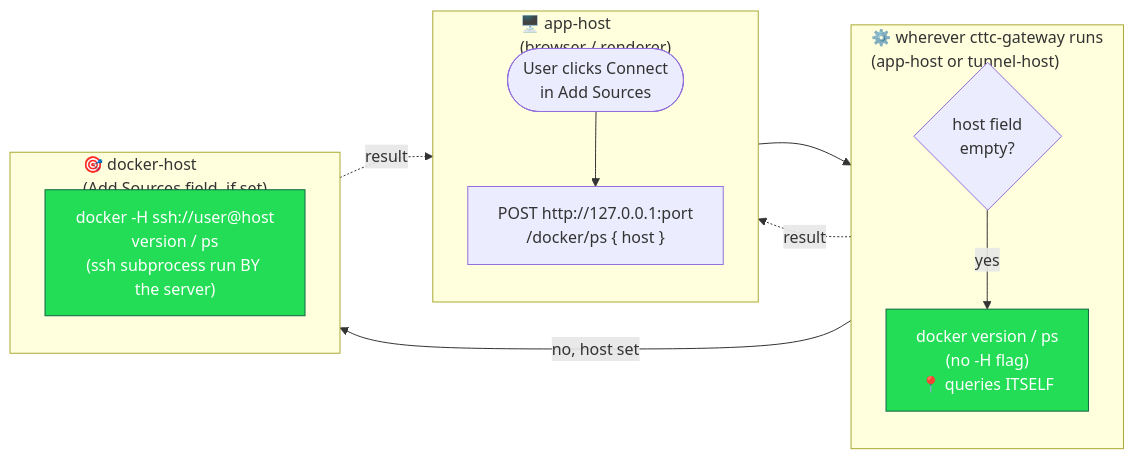
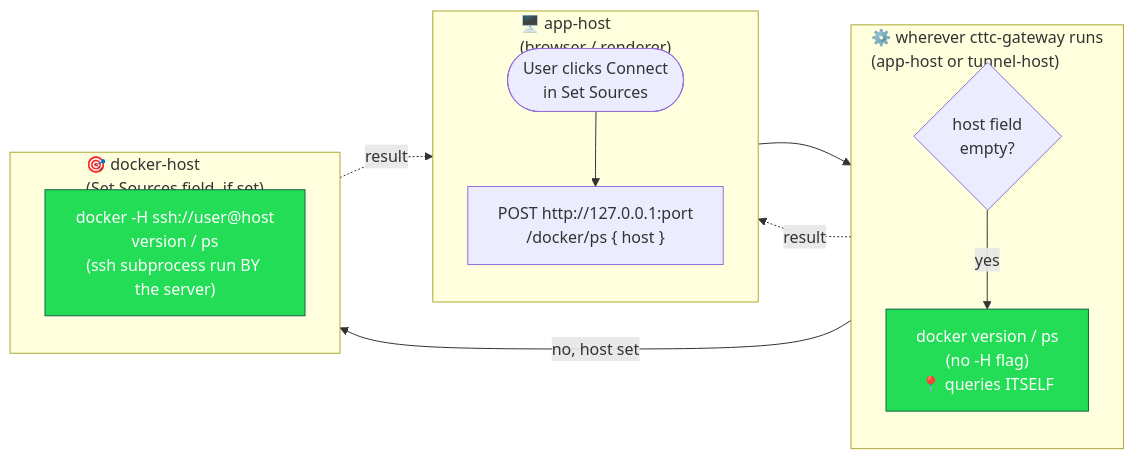
One commit to oliben67/cut-to-the-chase changed the first of 2 diagrams in docs/architecture/docker-target-resolution.md. Above: the diagram before and after it, drawn with Mermaid. The commit also changed other lines of this file and 10 other files, not shown here.

First line of the commit message:
rename: "Add Sources" -> "Set Sources" throughout (remaining files)

````diff
--- a/docs/architecture/docker-target-resolution.md
+++ b/docs/architecture/docker-target-resolution.md
@@ -26,27 +26,27 @@
 ```mermaid
 flowchart LR
     subgraph L1["🖥️ app-host<br/>(browser / renderer)"]
         direction TB
-        S1(["User clicks Connect<br/>in Add Sources"]) --> S2["POST http://127.0.0.1:port<br/>/docker/ps { host }"]
+        S1(["User clicks Connect<br/>in Set Sources"]) --> S2["POST http://127.0.0.1:port<br/>/docker/ps { host }"]
     end
 
     subgraph L2["⚙️ wherever cttc-gateway runs<br/>(app-host or tunnel-host)"]
         direction TB
         S3{"host field<br/>empty?"}
         S4["docker version / ps<br/>(no -H flag)<br/>📍 queries ITSELF"]
         S3 -- "yes" --> S4
     end
 
-    subgraph L3["🎯 docker-host<br/>(Add Sources field, if set)"]
+    subgraph L3["🎯 docker-host<br/>(Set Sources field, if set)"]
         direction TB
         S5["docker -H ssh://user@host<br/>version / ps<br/>(ssh subprocess run BY the server)"]
     end
 
     S2 --> S3
     S3 -- "no, host set" --> S5
     S4 -. result .-> S2
     S5 -. result .-> S2
 
     classDef here fill:#2d5,stroke:#164,color:#fff
     class S4,S5 here
 ```
````
